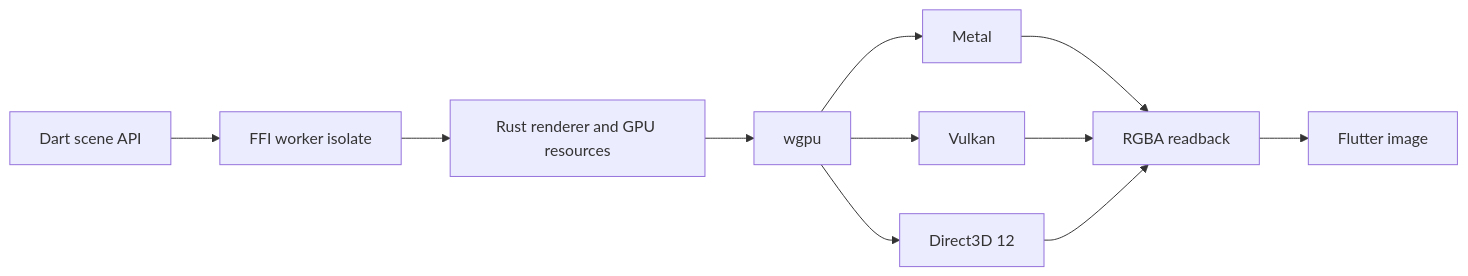
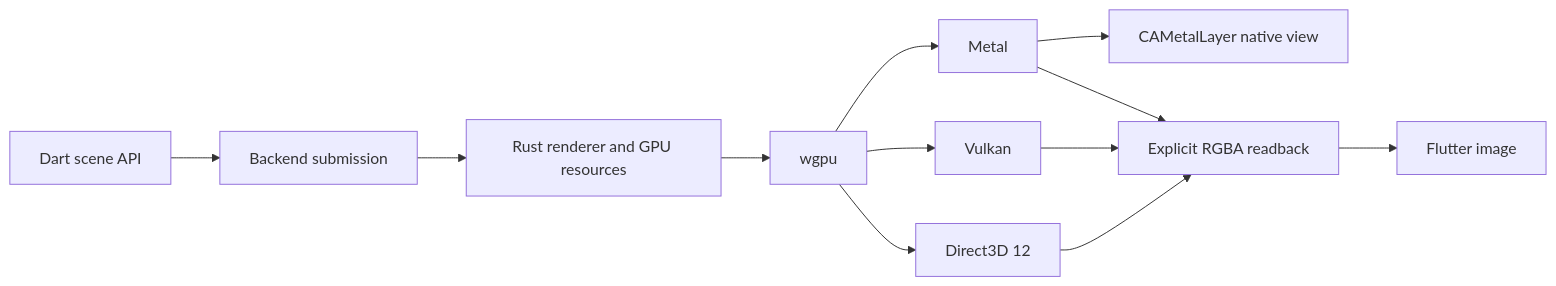
The diagram in docs/architecture.md (xraph/zyren), drawn with Mermaid before and after one commit. The commit also changed other lines of this file and 14 other files, not shown here.

Commit message:
feat: render SceneView through native Metal views

````diff
--- a/docs/architecture.md
+++ b/docs/architecture.md
@@ -23,13 +23,14 @@
 ```mermaid
 flowchart LR
-  A[Dart scene API] --> B[FFI worker isolate]
+  A[Dart scene API] --> B[Backend submission]
   B --> C[Rust renderer and GPU resources]
   C --> D[wgpu]
   D --> E[Metal]
   D --> F[Vulkan]
   D --> G[Direct3D 12]
-  E --> H[RGBA readback]
+  E --> J[CAMetalLayer native view]
+  E --> H[Explicit RGBA readback]
   F --> H
   G --> H
   H --> I[Flutter image]
 ```
````
